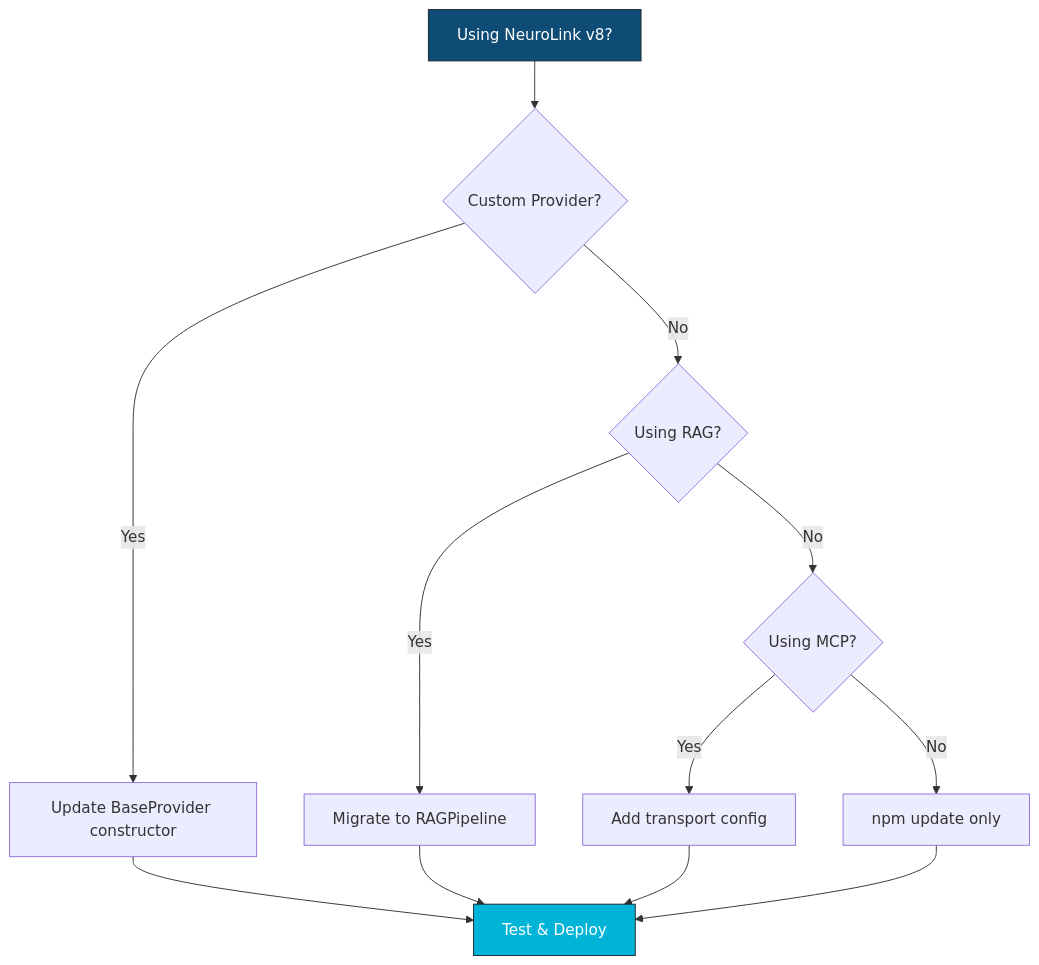
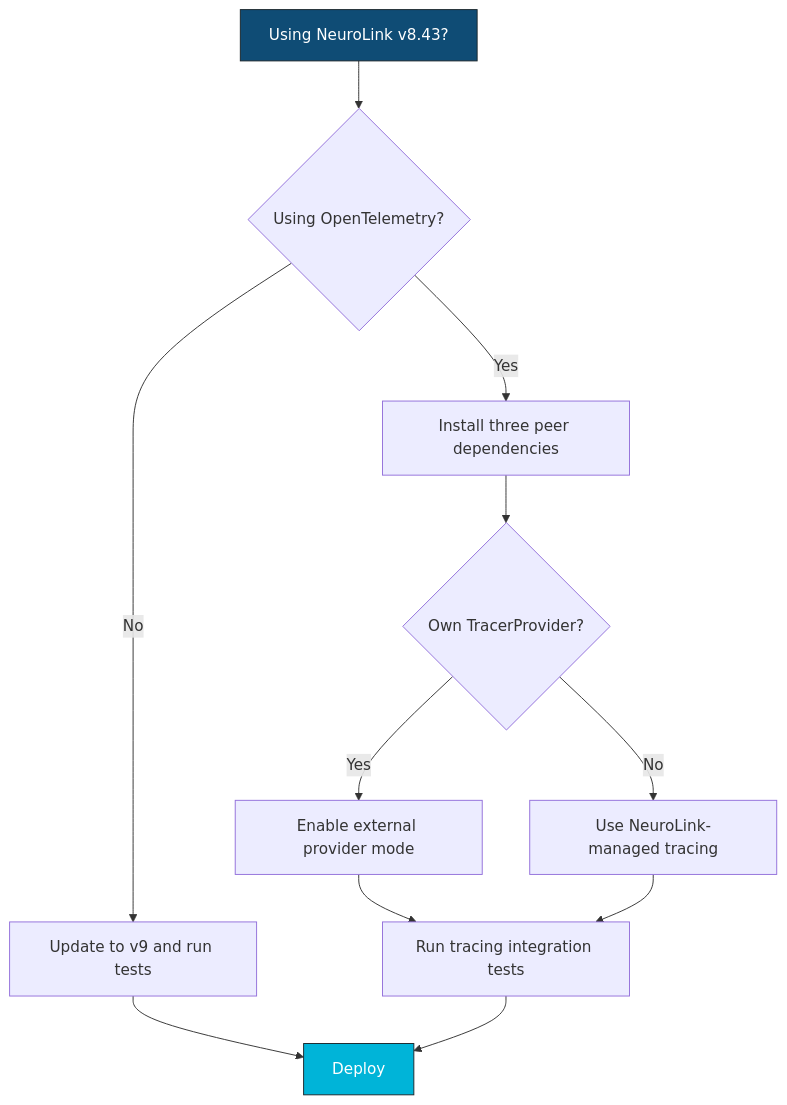
One commit to juspay/neurolink-blog changed the second of 2 diagrams in _posts/2026-02-11-v9-release-migration-guide.md. Above: the diagram before and after it, drawn with Mermaid. The commit also changed other lines of this file and 172 other files, not shown here.

First line of the commit message:
fix(blog): audit every post against NeuroLink v12 and bring it up to date

````diff
--- a/_posts/2026-02-11-v9-release-migration-guide.md
+++ b/_posts/2026-02-11-v9-release-migration-guide.md
@@ -238,16 +171,15 @@
 ```mermaid
 flowchart TD
-    A["Using NeuroLink v8?"] --> B{"Custom Provider?"}
-    B -->|"Yes"| C["Update BaseProvider constructor"]
-    B -->|"No"| D{"Using RAG?"}
-    D -->|"Yes"| E["Migrate to RAGPipeline"]
-    D -->|"No"| F{"Using MCP?"}
-    F -->|"Yes"| G["Add transport config"]
-    F -->|"No"| H["npm update only"]
-    C --> I["Test & Deploy"]
-    E --> I
-    G --> I
+    A["Using NeuroLink v8.43?"] --> B{"Using OpenTelemetry?"}
+    B -->|"Yes"| C["Install three peer dependencies"]
+    B -->|"No"| D["Update to v9 and run tests"]
+    C --> E{"Own TracerProvider?"}
+    E -->|"Yes"| F["Enable external provider mode"]
+    E -->|"No"| G["Use NeuroLink-managed tracing"]
+    F --> H["Run tracing integration tests"]
+    G --> H
+    D --> I["Deploy"]
     H --> I
     style A fill:#0f4c75,stroke:#1b262c,color:#fff
     style I fill:#00b4d8,stroke:#1b262c,color:#fff
 ```
````
